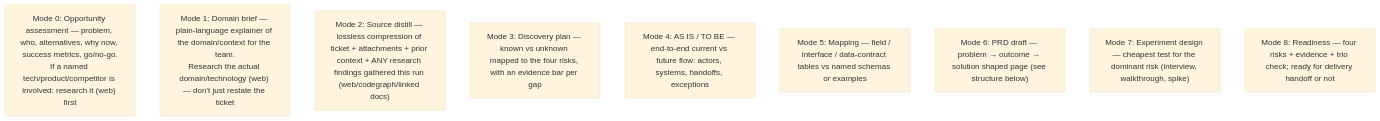
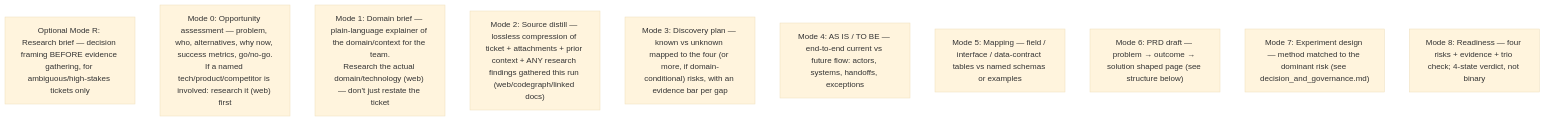
The diagram in instructions/discovery/modes.md (IstiN/dmtools-agents), drawn with Mermaid (base theme) before and after one commit. The commit also changed other lines of this file and 7 other files, not shown here.

````diff
--- a/instructions/discovery/modes.md
+++ b/instructions/discovery/modes.md
@@ -1,12 +1,13 @@
 ```mermaid
 flowchart TD
+    MR["Optional Mode R: Research brief — decision framing BEFORE evidence gathering, for ambiguous/high-stakes tickets only"]
     M0["Mode 0: Opportunity assessment — problem, who, alternatives, why now, success metrics, go/no-go.<br/>If a named tech/product/competitor is involved: research it (web) first"]
     M1["Mode 1: Domain brief — plain-language explainer of the domain/context for the team.<br/>Research the actual domain/technology (web) — don't just restate the ticket"]
     M2["Mode 2: Source distill — lossless compression of ticket + attachments + prior context + ANY research findings gathered this run (web/codegraph/linked docs)"]
-    M3["Mode 3: Discovery plan — known vs unknown mapped to the four risks, with an evidence bar per gap"]
+    M3["Mode 3: Discovery plan — known vs unknown mapped to the four (or more, if domain-conditional) risks, with an evidence bar per gap"]
     M4["Mode 4: AS IS / TO BE — end-to-end current vs future flow: actors, systems, handoffs, exceptions"]
     M5["Mode 5: Mapping — field / interface / data-contract tables vs named schemas or examples"]
     M6["Mode 6: PRD draft — problem → outcome → solution shaped page (see structure below)"]
-    M7["Mode 7: Experiment design — cheapest test for the dominant risk (interview, walkthrough, spike)"]
-    M8["Mode 8: Readiness — four risks + evidence + trio check; ready for delivery handoff or not"]
+    M7["Mode 7: Experiment design — method matched to the dominant risk (see decision_and_governance.md)"]
+    M8["Mode 8: Readiness — four risks + evidence + trio check; 4-state verdict, not binary"]
 ```
````
